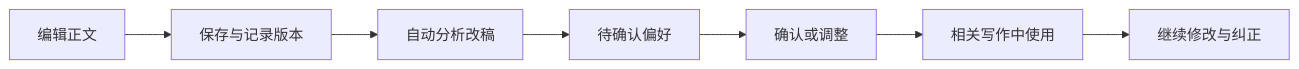
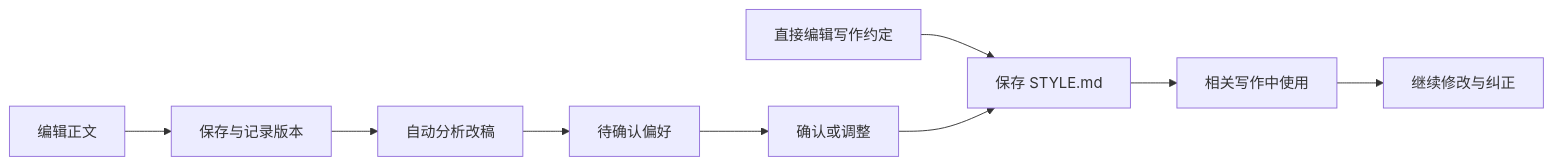
The diagram in product-design/v1.1/README.md (plankton12138/ClueLedger), drawn with Mermaid before and after one commit. The commit also changed other lines of this file and 7 other files, not shown here.

````diff
--- a/product-design/v1.1/README.md
+++ b/product-design/v1.1/README.md
@@ -23,9 +26,11 @@
 ```mermaid
 flowchart LR
     A[编辑正文] --> B[保存与记录版本]
     B --> C[自动分析改稿]
     C --> D[待确认偏好]
     D --> E[确认或调整]
-    E --> F[相关写作中使用]
+    H[直接编辑写作约定] --> I[保存 STYLE.md]
+    E --> I
+    I --> F[相关写作中使用]
     F --> G[继续修改与纠正]
 ```
````
